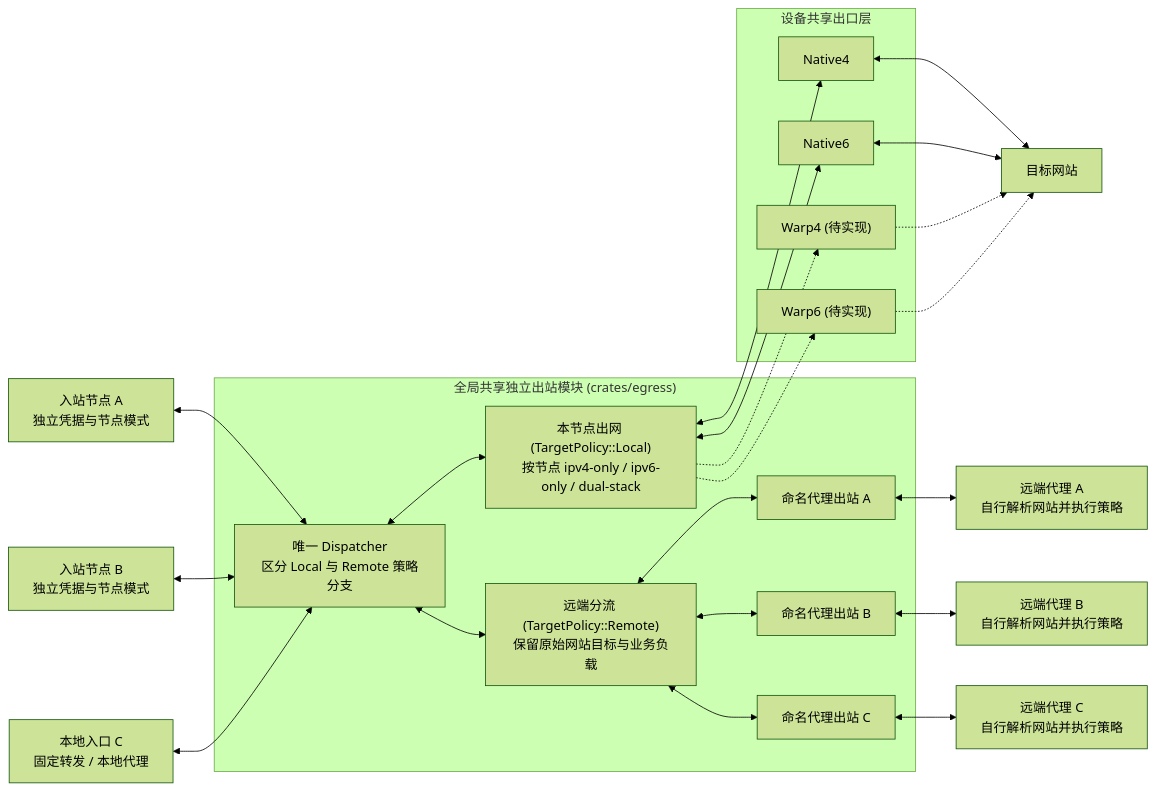
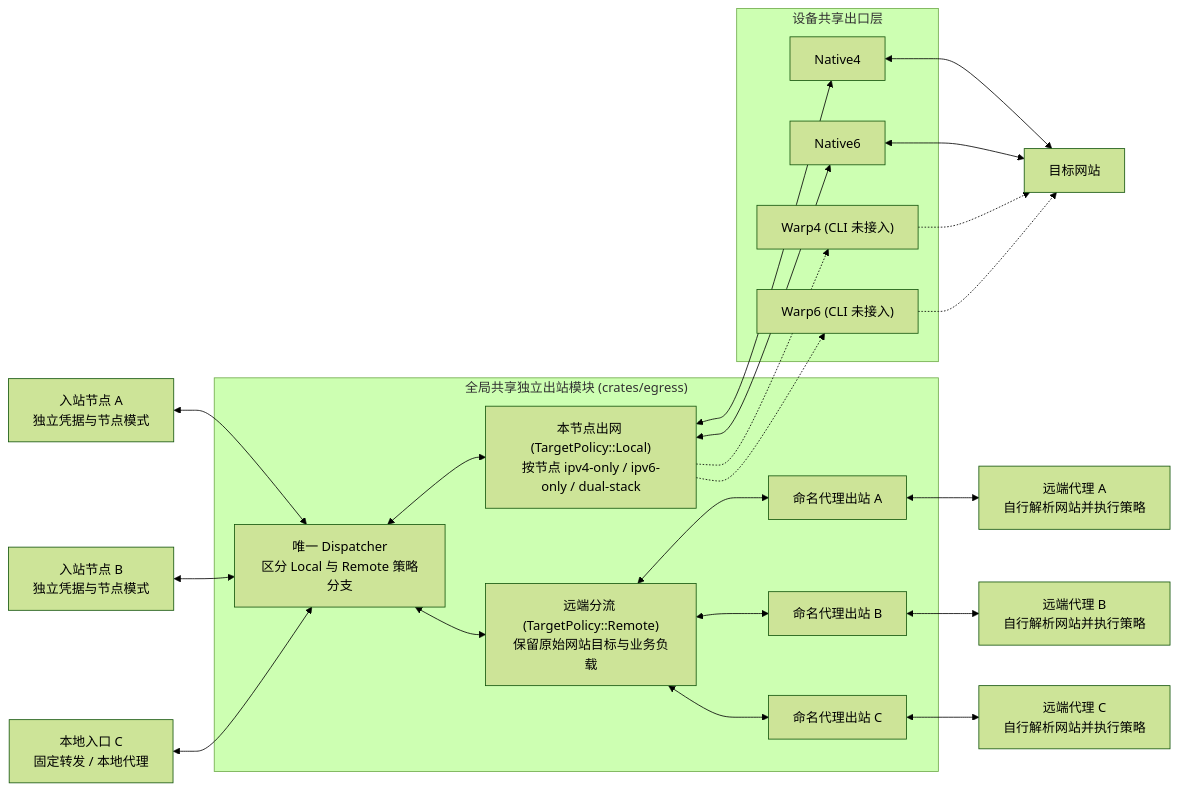
The diagram in docs/node-egress.md (yuuuki-creation/kerlico), drawn with Mermaid (forest theme) before and after one commit. The commit also changed other lines of this file and 82 other files, not shown here.

````diff
--- a/docs/node-egress.md
+++ b/docs/node-egress.md
@@ -24,36 +24,36 @@
 ```mermaid
 flowchart LR
     N1["入站节点 A\n独立凭据与节点模式"] <--> D
     N2["入站节点 B\n独立凭据与节点模式"] <--> D
     N3["本地入口 C\n固定转发 / 本地代理"] <--> D
     subgraph E["全局共享独立出站模块 (crates/egress)"]
         D["唯一 Dispatcher\n区分 Local 与 Remote 策略分支"]
         L["本节点出网 (TargetPolicy::Local)\n按节点 ipv4-only / ipv6-only / dual-stack"]
         R["远端分流 (TargetPolicy::Remote)\n保留原始网站目标与业务负载"]
         O1["命名代理出站 A"]
         O2["命名代理出站 B"]
         O3["命名代理出站 C"]
         D <--> L
         D <--> R
         R <--> O1
         R <--> O2
         R <--> O3
     end
     subgraph H["设备共享出口层"]
         A4["Native4"]
         A6["Native6"]
-        W4["Warp4 (待实现)"]
-        W6["Warp6 (待实现)"]
+        W4["Warp4 (CLI 未接入)"]
+        W6["Warp6 (CLI 未接入)"]
     end
     L <--> A4
     L <--> A6
     L -.-> W4
     L -.-> W6
     A4 <--> T["目标网站"]
     A6 <--> T
     W4 -.-> T
     W6 -.-> T
     O1 <--> PA["远端代理 A\n自行解析网站并执行策略"]
     O2 <--> PB["远端代理 B\n自行解析网站并执行策略"]
     O3 <--> PC["远端代理 C\n自行解析网站并执行策略"]
 ```
````
